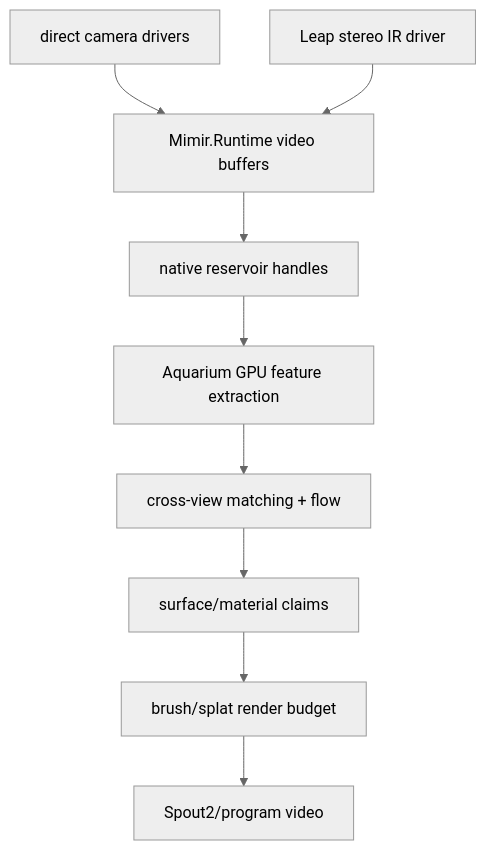
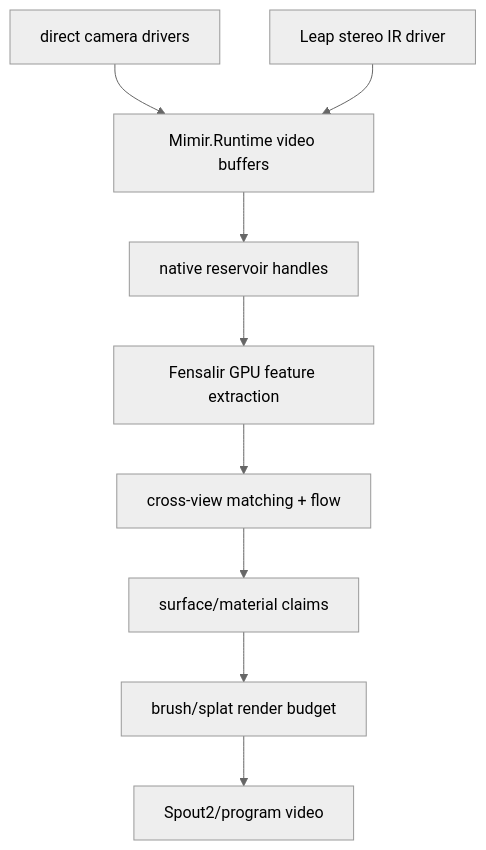
One commit to GameCult/Mimir changed the diagram in docs/sensor-fusion-architecture.md. Above: the diagram before and after it, drawn with Mermaid (neutral theme). The commit also changed other lines of this file and 16 other files, not shown here.

````diff
--- a/docs/sensor-fusion-architecture.md
+++ b/docs/sensor-fusion-architecture.md
@@ -7,11 +7,11 @@
 ```mermaid
 flowchart TD
     A["direct camera drivers"] --> B["Mimir.Runtime video buffers"]
     C["Leap stereo IR driver"] --> B
     B --> D["native reservoir handles"]
-    D --> E["Aquarium GPU feature extraction"]
+    D --> E["Fensalir GPU feature extraction"]
     E --> F["cross-view matching + flow"]
     F --> G["surface/material claims"]
     G --> H["brush/splat render budget"]
     H --> I["Spout2/program video"]
 ```
````
